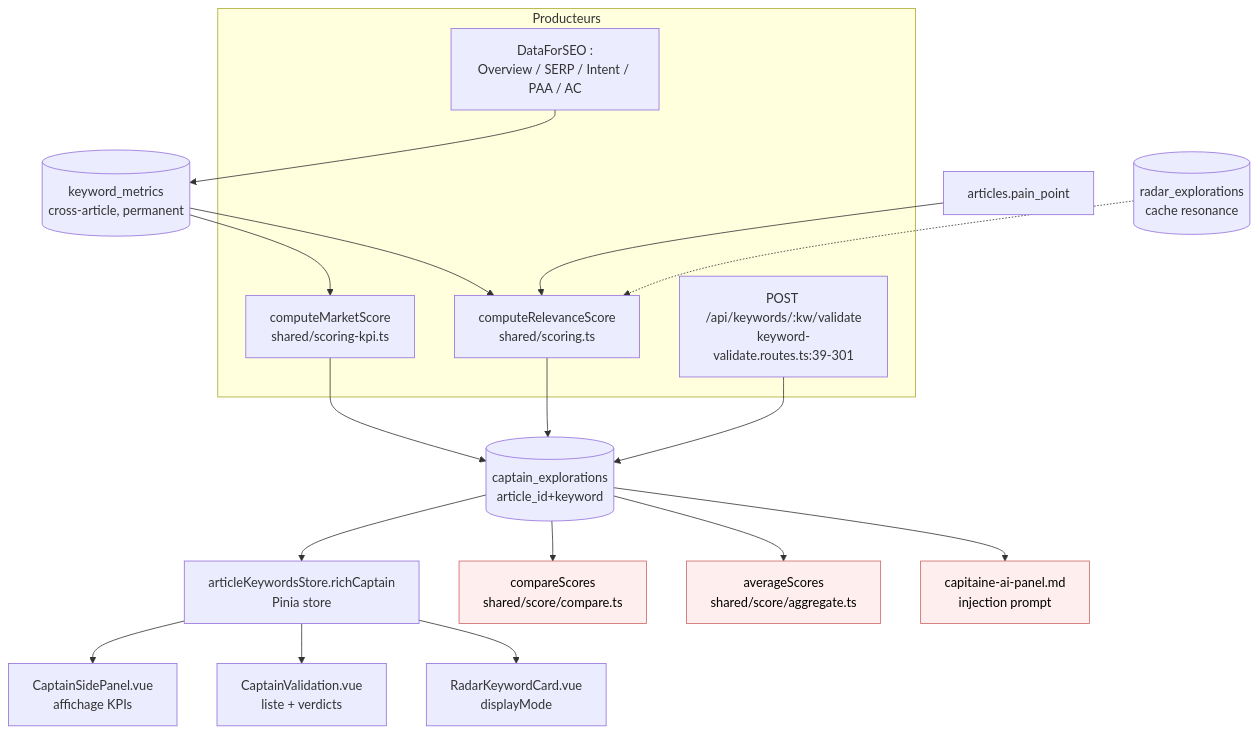
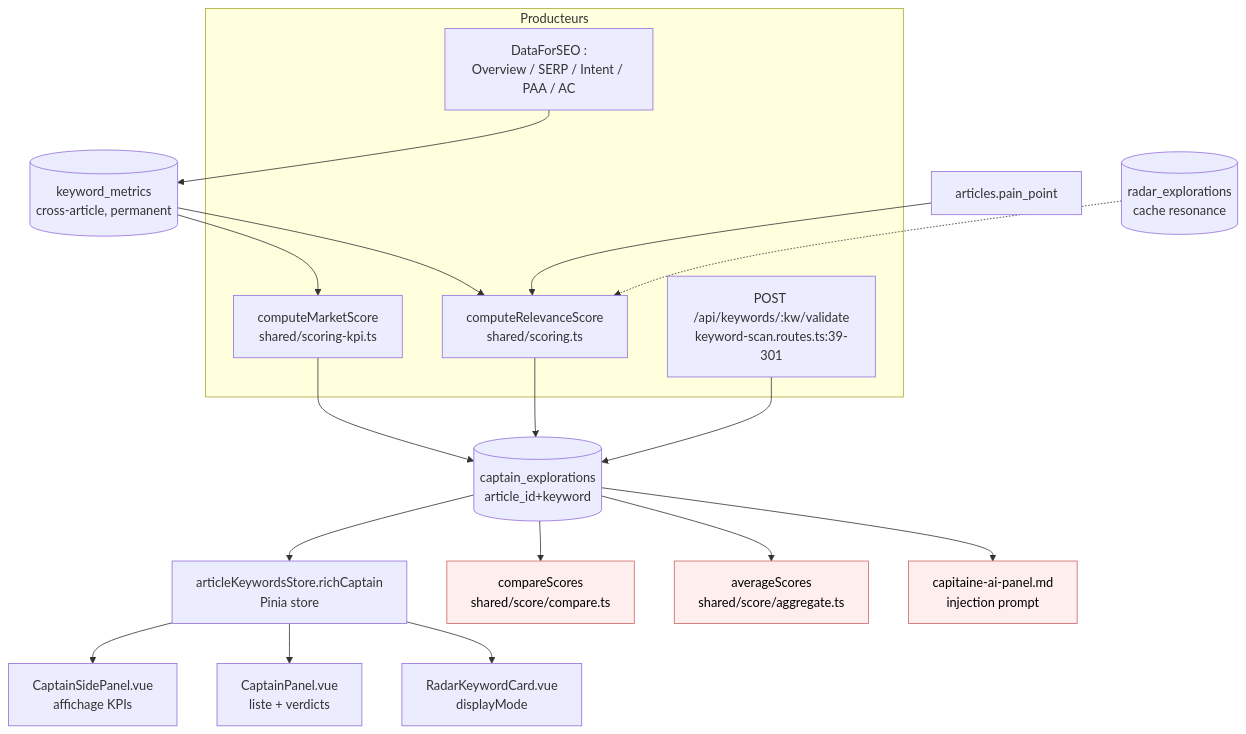
The diagram in docs/data-flows/score-capitaine.md (annubis-knight/Blog_Redactor_SEO), drawn with Mermaid before and after one commit. The commit also changed other lines of this file and 44 other files, not shown here.

````diff
--- a/docs/data-flows/score-capitaine.md
+++ b/docs/data-flows/score-capitaine.md
@@ -75,28 +75,28 @@
 ```mermaid
 flowchart TD
     subgraph Producteurs
-        E1[POST /api/keywords/:kw/validate<br/>keyword-validate.routes.ts:39-301]
+        E1[POST /api/keywords/:kw/validate<br/>keyword-scan.routes.ts:39-301]
         S1[computeMarketScore<br/>shared/scoring-kpi.ts]
         S2[computeRelevanceScore<br/>shared/scoring.ts]
         DF[DataForSEO :<br/>Overview / SERP / Intent / PAA / AC]
     end
     DF --> KM[(keyword_metrics<br/>cross-article, permanent)]
     KM --> S1
     KM --> S2
     PP[articles.pain_point] --> S2
     RX[(radar_explorations<br/>cache resonance)] -.-> S2
     S1 --> CE[(captain_explorations<br/>article_id+keyword)]
     S2 --> CE
     E1 --> CE
     CE --> AKS[articleKeywordsStore.richCaptain<br/>Pinia store]
 
     AKS --> CSP[CaptainSidePanel.vue<br/>affichage KPIs]
-    AKS --> CV[CaptainValidation.vue<br/>liste + verdicts]
+    AKS --> CV[CaptainPanel.vue<br/>liste + verdicts]
     AKS --> RKC[RadarKeywordCard.vue<br/>displayMode]
     CE --> SORT[compareScores<br/>shared/score/compare.ts]:::calc
     CE --> AGG[averageScores<br/>shared/score/aggregate.ts]:::calc
     CE --> AIP[capitaine-ai-panel.md<br/>injection prompt]:::calc
 
     classDef calc fill:#fee,stroke:#c66,color:#000
     class SORT,AGG,AIP calc
 ```
````
